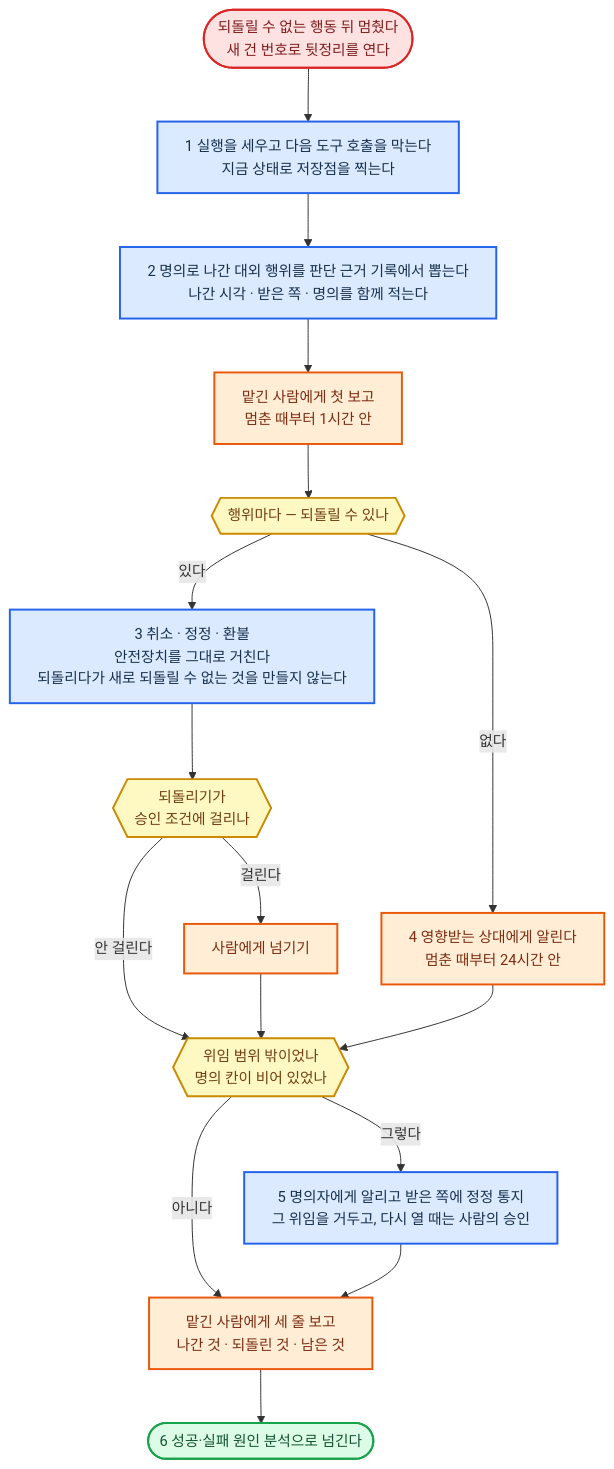
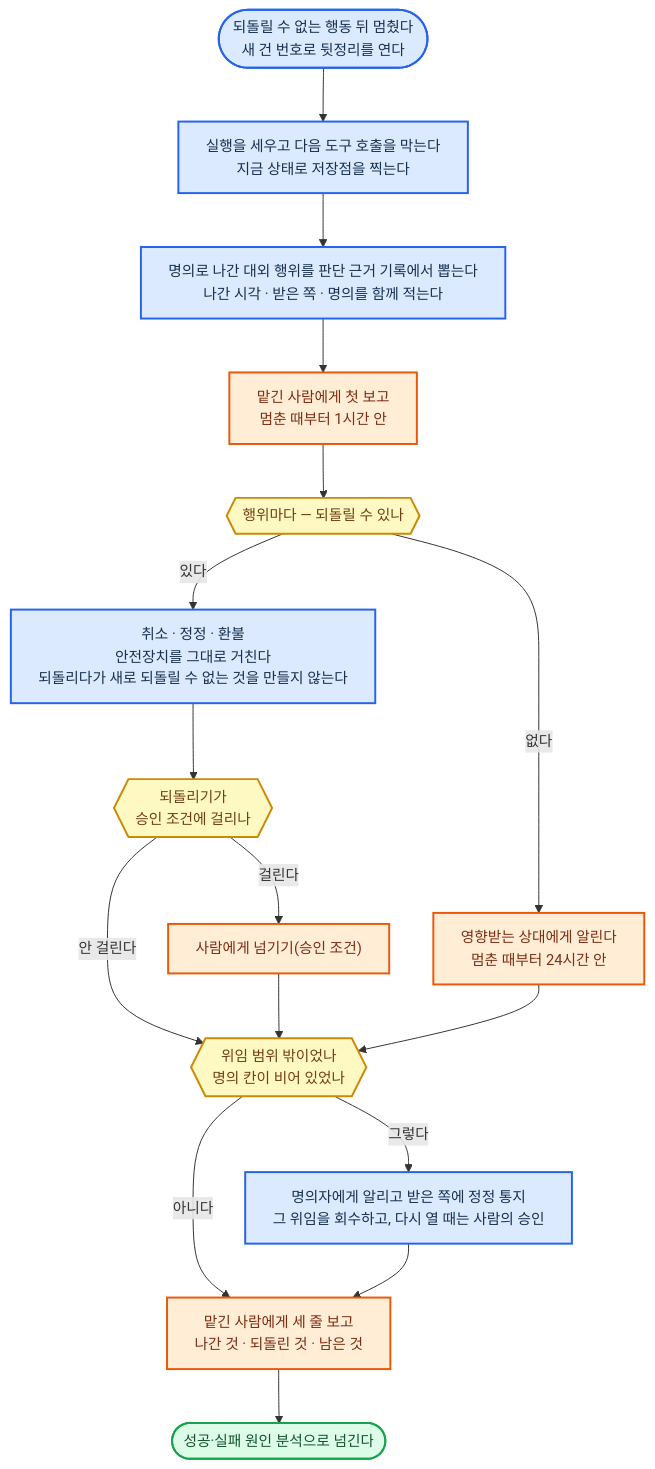
Diagram 15 of 26 in 전문가 에이전트 정의 2.md (harisbaguette/expert), drawn with Mermaid before and after one commit. The commit also changed other lines of this file and 7 other files, not shown here.

````diff
--- a/전문가 에이전트 정의 2.md
+++ b/전문가 에이전트 정의 2.md
@@ -1548,16 +1725,16 @@
 ```mermaid
 %%{init: {"flowchart": {"wrappingWidth": 640, "curve": "basis", "nodeSpacing": 45, "rankSpacing": 55, "padding": 14, "useMaxWidth": true}, "themeVariables": {"fontSize": "15px"}} }%%
 flowchart TB
-    S(["되돌릴 수 없는 행동 뒤 멈췄다<br/>새 건 번호로 뒷정리를 연다"]):::stop --> A["1 실행을 세우고 다음 도구 호출을 막는다<br/>지금 상태로 저장점을 찍는다"]:::main --> B["2 명의로 나간 대외 행위를 판단 근거 기록에서 뽑는다<br/>나간 시각 · 받은 쪽 · 명의를 함께 적는다"]:::main --> R1["맡긴 사람에게 첫 보고<br/>멈춘 때부터 1시간 안"]:::back --> Q1{{"행위마다 — 되돌릴 수 있나"}}:::note
-    Q1 -- "있다" --> U["3 취소 · 정정 · 환불<br/>안전장치를 그대로 거친다<br/>되돌리다가 새로 되돌릴 수 없는 것을 만들지 않는다"]:::main --> Q2{{"되돌리기가<br/>승인 조건에 걸리나"}}:::note
+    S(["되돌릴 수 없는 행동 뒤 멈췄다<br/>새 건 번호로 뒷정리를 연다"]):::main --> A["실행을 세우고 다음 도구 호출을 막는다<br/>지금 상태로 저장점을 찍는다"]:::main --> B["명의로 나간 대외 행위를 판단 근거 기록에서 뽑는다<br/>나간 시각 · 받은 쪽 · 명의를 함께 적는다"]:::main --> R1["맡긴 사람에게 첫 보고<br/>멈춘 때부터 1시간 안"]:::back --> Q1{{"행위마다 — 되돌릴 수 있나"}}:::note
+    Q1 -- "있다" --> U["취소 · 정정 · 환불<br/>안전장치를 그대로 거친다<br/>되돌리다가 새로 되돌릴 수 없는 것을 만들지 않는다"]:::main --> Q2{{"되돌리기가<br/>승인 조건에 걸리나"}}:::note
     Q2 -- "안 걸린다" --> Q3{{"위임 범위 밖이었나<br/>명의 칸이 비어 있었나"}}:::note
-    Q2 -- "걸린다" --> H["사람에게 넘기기"]:::back --> Q3
-    Q1 -- "없다" --> N["4 영향받는 상대에게 알린다<br/>멈춘 때부터 24시간 안"]:::back --> Q3
-    Q3 -- "아니다" --> REP["맡긴 사람에게 세 줄 보고<br/>나간 것 · 되돌린 것 · 남은 것"]:::back --> E(["6 성공·실패 원인 분석으로 넘긴다"]):::good
-    Q3 -- "그렇다" --> F["5 명의자에게 알리고 받은 쪽에 정정 통지<br/>그 위임을 거두고, 다시 열 때는 사람의 승인"]:::main --> REP
+    Q2 -- "걸린다" --> H["사람에게 넘기기(승인 조건)"]:::back --> Q3
+    Q1 -- "없다" --> N["영향받는 상대에게 알린다<br/>멈춘 때부터 24시간 안"]:::back --> Q3
+    Q3 -- "아니다" --> REP["맡긴 사람에게 세 줄 보고<br/>나간 것 · 되돌린 것 · 남은 것"]:::back --> E(["성공·실패 원인 분석으로 넘긴다"]):::good
+    Q3 -- "그렇다" --> F["명의자에게 알리고 받은 쪽에 정정 통지<br/>그 위임을 회수하고, 다시 열 때는 사람의 승인"]:::main --> REP
     classDef main fill:#dbeafe,stroke:#2563eb,stroke-width:2px,color:#17314f
     classDef stop fill:#fee2e2,stroke:#dc2626,stroke-width:2px,color:#7f1d1d
     classDef back fill:#ffedd5,stroke:#ea580c,stroke-width:2px,color:#7c2d12
     classDef good fill:#dcfce7,stroke:#16a34a,stroke-width:2px,color:#14532d
     classDef note fill:#fef9c3,stroke:#ca8a04,stroke-width:2px,color:#713f12
 ```
````
